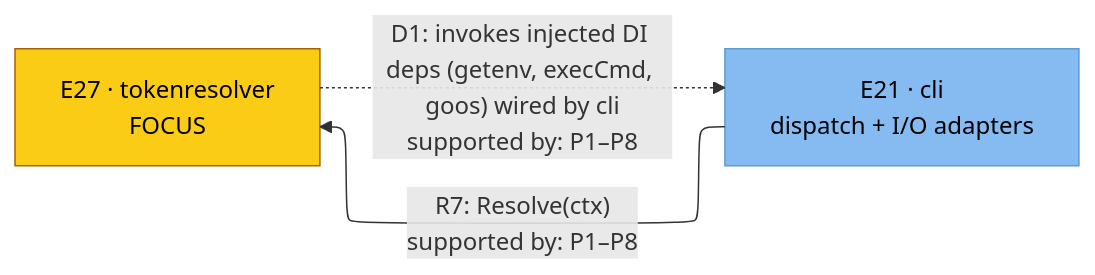
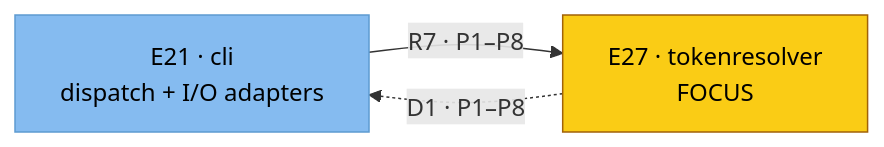
Before and after one commit to toejough/engram: the diagram in architecture/c4/c4-tokenresolver.md, drawn with Mermaid. The commit also changed 1 other file, not shown here.

Commit message:
fix(c4): drop ELK init directive (GitHub doesn't support it), shrink R7/D1 labels
GitHub's Mermaid renderer doesn't have @mermaid-js/layout-elk installed
so the init directive is silently ignored — confirmed via local GH render.
Removing the directive from c3-engram-cli-binary.md and c4-tokenresolver.md.

Bidirectional R7/D1 edges between E21 and E27 collide under the default
dagre engine. Mitigating by shrinking those edge labels to IDs only (R7,
D1 in L3; "R7 · P1–P8" / "D1 · P1–P8" in L4) so the collision boxes are
smaller. Full descriptions remain in each diagram's relationships table.

Note: this leaves c3 visually inconsistent — most R-edges still have
verbose labels, only R7/D1 are stripped. Sweep to ID-only labels across
all c3 edges is a follow-up if the targeted fix proves enough.

AI-Used: [claude]

````diff
--- a/architecture/c4/c4-tokenresolver.md
+++ b/architecture/c4/c4-tokenresolver.md
@@ -24,21 +24,20 @@
 ```mermaid
-%%{init: {'flowchart': {'defaultRenderer': 'elk'}}}%%
 flowchart LR
     classDef person      fill:#08427b,stroke:#052e56,color:#fff
     classDef external    fill:#999,   stroke:#666,   color:#fff
     classDef container   fill:#1168bd,stroke:#0b4884,color:#fff
     classDef component   fill:#85bbf0,stroke:#5d9bd1,color:#000
     classDef focus       fill:#facc15,stroke:#a16207,color:#000
 
     e21[E21 · cli<br/>dispatch + I/O adapters]
     e27[E27 · tokenresolver<br/>FOCUS]
 
-    e21 -->|"R7: Resolve(ctx)<br/>supported by: P1–P8"| e27
-    e27 -.->|"D1: invokes injected DI deps (getenv, execCmd, goos) wired by cli<br/>supported by: P1–P8"| e21
+    e21 -->|"R7 · P1–P8"| e27
+    e27 -.->|"D1 · P1–P8"| e21
 
     class e21 component
     class e27 focus
 
     click e21 href "c3-engram-cli-binary.md#e21-cli" "cli (L3)"
     click e27 href "c3-engram-cli-binary.md#e27-tokenresolver" "tokenresolver (L3)"
 ```
````
